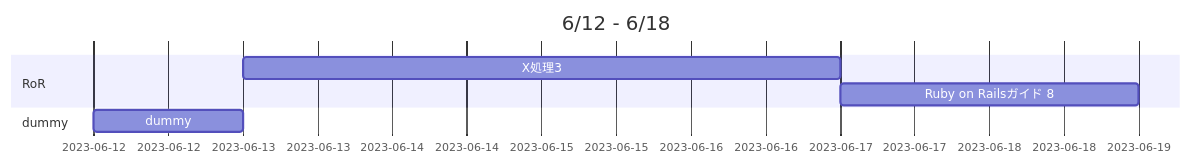
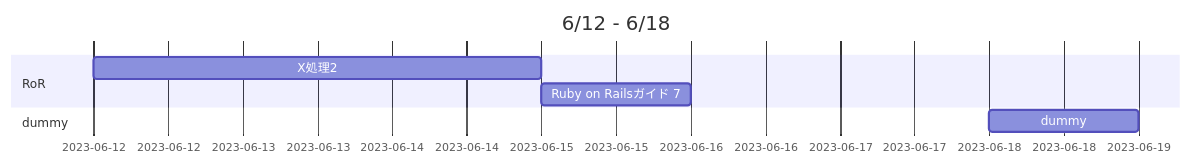
Before and after one commit to ykominami/gantt2: the fourth of 6 diagrams in test_data/GANTT7.md, drawn with Mermaid. The commit also changed other lines of this file, not shown here.

Commit message:
GitHub Actions から差分を Push

````diff
--- a/test_data/GANTT7.md
+++ b/test_data/GANTT7.md
@@ -28,9 +28,9 @@
 ```mermaid
 gantt
     title 6/12 - 6/18
     section RoR
-    X処理3: , 2023-06-13, 4d
-    Ruby on Railsガイド 8: , 2023-06-17, 2d
+    X処理2: , 2023-06-12, 3d
+    Ruby on Railsガイド 7: , 2023-06-15, 1d
     section dummy
-    dummy: , 2023-06-12, 1d
+    dummy: , 2023-06-18, 1d
 ```
````
